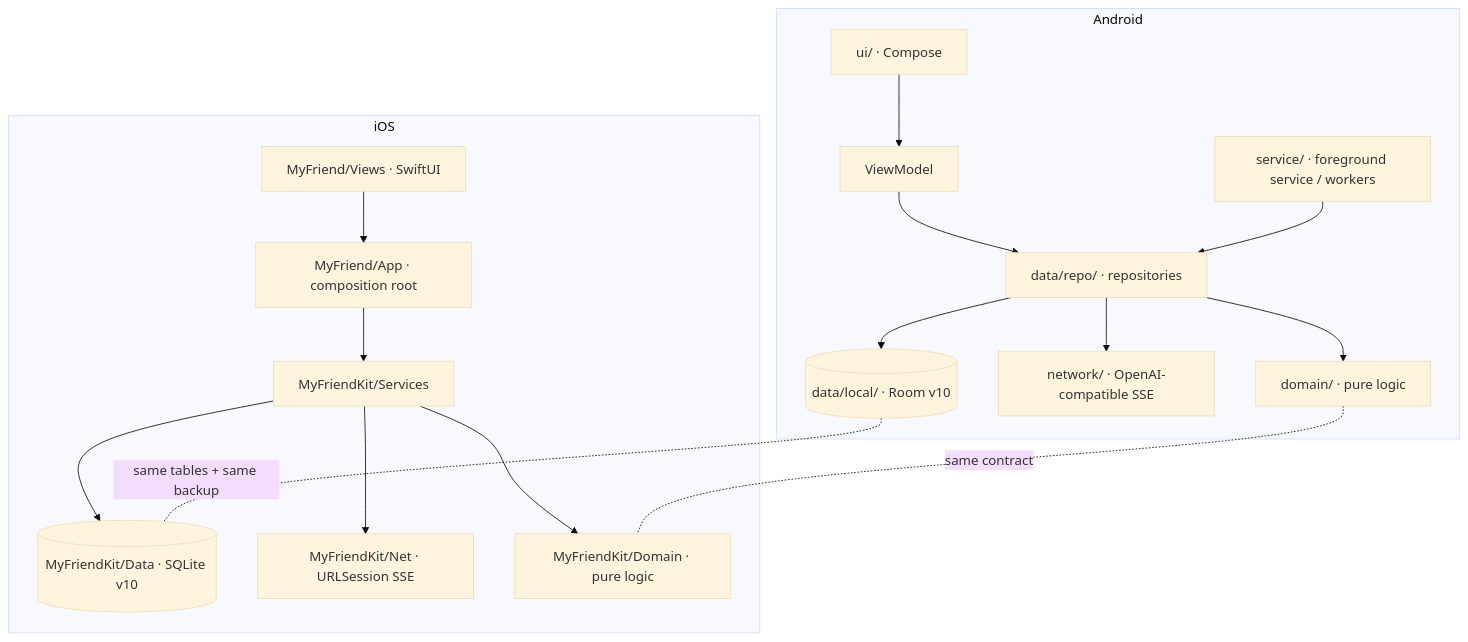
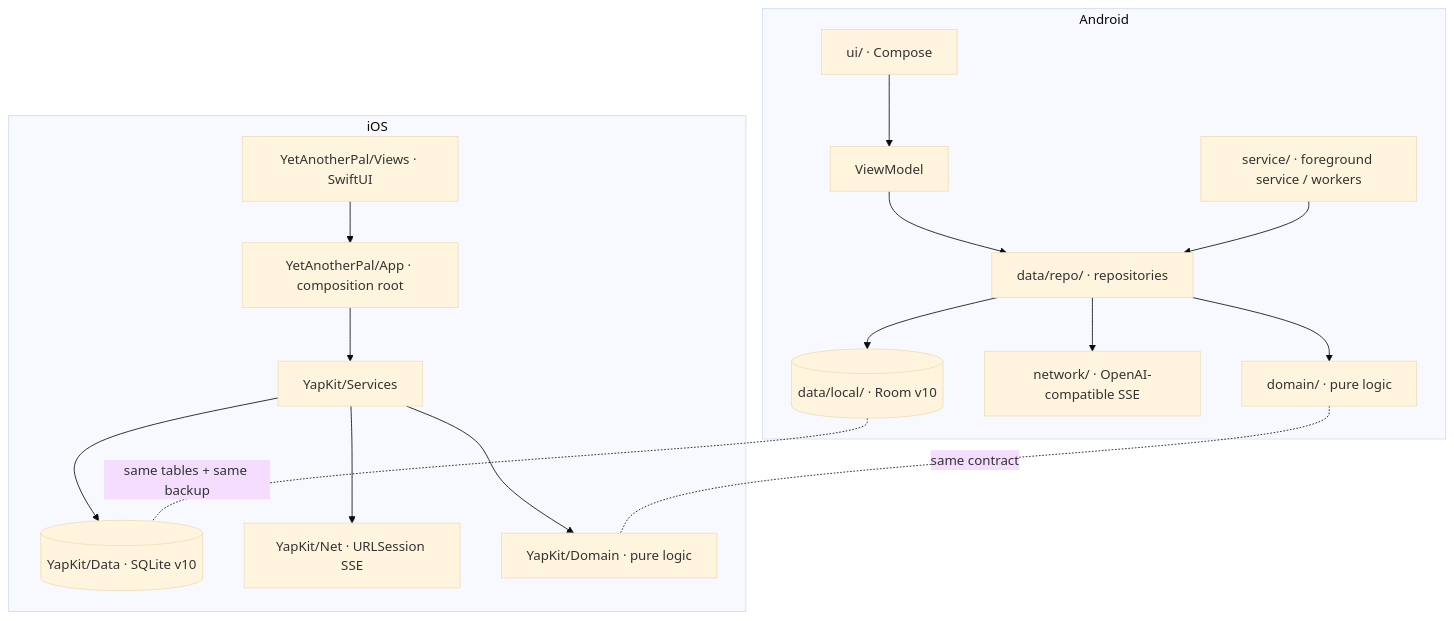
Before and after one commit to HepingGe2333/MyFriend: the first of 3 diagrams in docs/ARCHITECTURE.en.md, drawn with Mermaid (base theme). The commit also changed other lines of this file and 1512 other files, not shown here.

First line of the commit message:
项目更名为 YetAnotherPal（Yap）：包名、工程、模块、文档与 CI 全面更新

````diff
--- a/docs/ARCHITECTURE.en.md
+++ b/docs/ARCHITECTURE.en.md
@@ -24,20 +24,20 @@
 ```mermaid
 flowchart TB
   subgraph Android
     A_UI[ui/ · Compose] --> A_VM[ViewModel]
     A_VM --> A_REPO[data/repo/ · repositories]
     A_REPO --> A_LOCAL[(data/local/ · Room v10)]
     A_REPO --> A_NET[network/ · OpenAI-compatible SSE]
     A_REPO --> A_DOMAIN[domain/ · pure logic]
     A_SVC[service/ · foreground service / workers] --> A_REPO
   end
   subgraph iOS
-    I_UI[MyFriend/Views · SwiftUI] --> I_APP[MyFriend/App · composition root]
-    I_APP --> I_SVC[MyFriendKit/Services]
-    I_SVC --> I_STORE[(MyFriendKit/Data · SQLite v10)]
-    I_SVC --> I_NET[MyFriendKit/Net · URLSession SSE]
-    I_SVC --> I_DOMAIN[MyFriendKit/Domain · pure logic]
+    I_UI[YetAnotherPal/Views · SwiftUI] --> I_APP[YetAnotherPal/App · composition root]
+    I_APP --> I_SVC[YapKit/Services]
+    I_SVC --> I_STORE[(YapKit/Data · SQLite v10)]
+    I_SVC --> I_NET[YapKit/Net · URLSession SSE]
+    I_SVC --> I_DOMAIN[YapKit/Domain · pure logic]
   end
   A_DOMAIN -.-|same contract| I_DOMAIN
   A_LOCAL -.-|same tables + same backup| I_STORE
 ```
````
